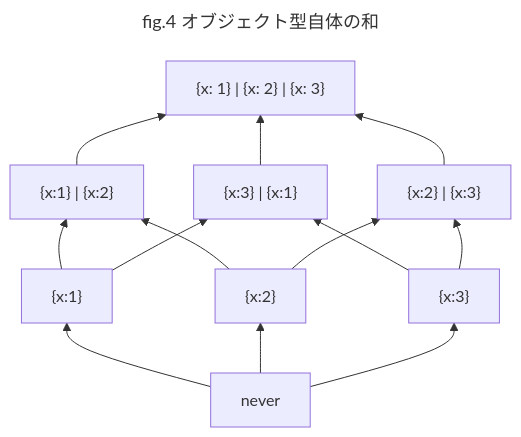
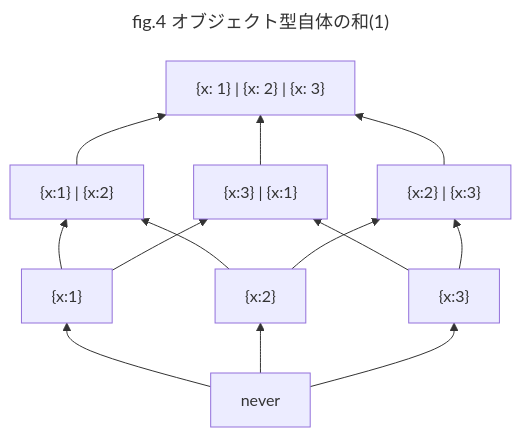
The sixth of 13 diagrams in books/ts-algebraic-models/6-tam-set-theoretic-model.md (yo-goto/zenn-public-repo), drawn with Mermaid before and after one commit. The commit also changed other lines of this file, not shown here.

````diff
--- a/books/ts-algebraic-models/6-tam-set-theoretic-model.md
+++ b/books/ts-algebraic-models/6-tam-set-theoretic-model.md
@@ -243,22 +243,22 @@
 ```mermaid
 ---
-title: fig.4 オブジェクト型自体の和
+title: fig.4 オブジェクト型自体の和(1)
 ---
 graph BT
   B["never"]
   X["{x:1}"]
   Y["{x:2}"]
   Z["{x:3}"]
   XY["{x:1} | {x:2}"]
   ZX["{x:3} | {x:1}"]
   YZ["{x:2} | {x:3}"]
   T["{x: 1} | {x: 2} | {x: 3}"]
   B --> X & Y & Z
   X --> XY
   Y --> XY
   Z --> ZX
   Y --> YZ
   X --> ZX
   Z --> YZ
   XY & YZ & ZX --> T
 ```
````
